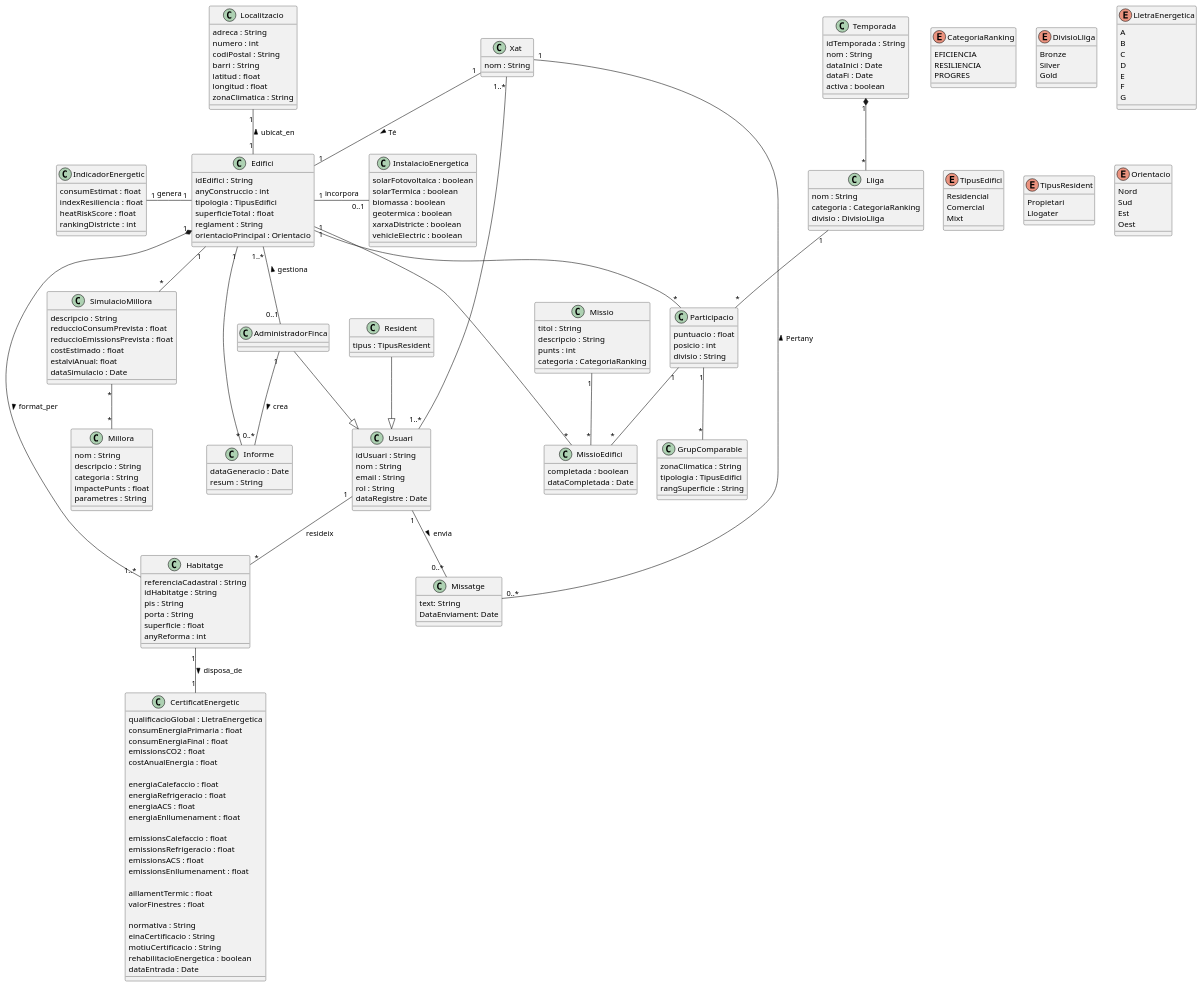
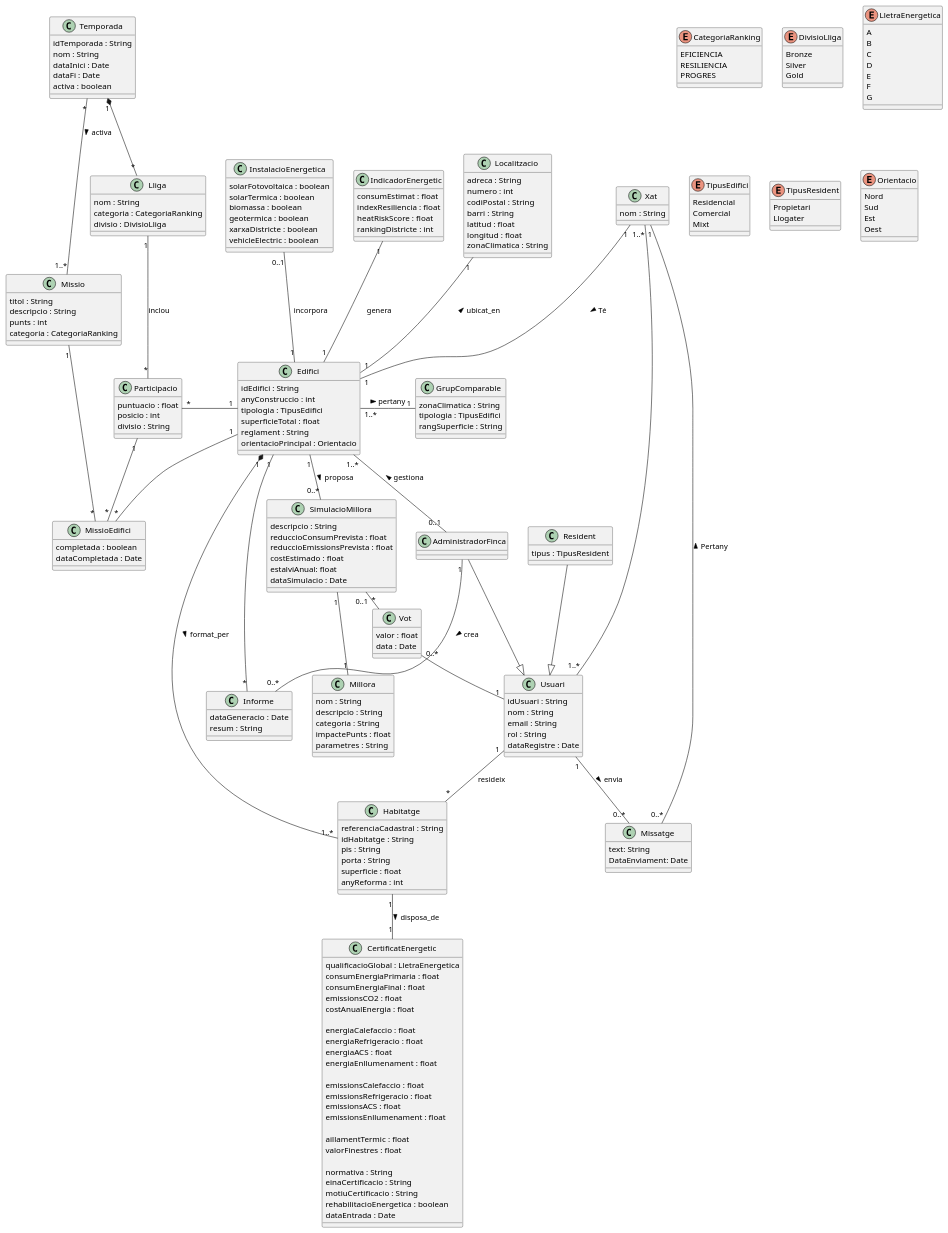
The diagram in src/diagram.puml (ScoreLab-Team/Backend-BuildRank), drawn with PlantUML before and after one commit. The commit also changed 1 other file, not shown here.

```diff
--- a/src/diagram.puml
+++ b/src/diagram.puml
@@ -135,6 +135,10 @@
   impactePunts : float
   parametres : String
 }
+class Vot {
+  valor : float
+  data : Date
+}
 
 class Informe {
   dataGeneracio : Date
@@ -195,30 +199,34 @@
 Edifici "1" -up- "1" Localitzacio : ubicat_en >
 Edifici "1" *-- "1..*" Habitatge : format_per >
 Habitatge "1" -- "1" CertificatEnergetic : disposa_de >
-Edifici "1" -left- "1" IndicadorEnergetic : genera
+Edifici "1" -up- "1" IndicadorEnergetic : genera
 Edifici "1" -- "*" Informe
 
 ' Per un habitatge només hi haurà un compte d'usuari
 Usuari "1" -- "*" Habitatge : resideix
 Edifici "1..*" -- "0..1" AdministradorFinca : gestiona <
-Edifici "1" -right- "0..1" InstalacioEnergetica : incorpora
+Edifici "1" -up- "0..1" InstalacioEnergetica : incorpora
 AdministradorFinca --|> Usuari
 Resident --|> Usuari
 AdministradorFinca "1" -- "0..*" Informe : crea >
 
 Temporada "1" *-- "*" Lliga
-Lliga "1" -- "*" Participacio
-Edifici "1" -- "*" Participacio
+Lliga "1" -- "*" Participacio : inclou
+Edifici "1" -left- "*" Participacio
 
-' Potser millor: Edifici "1" -- "*" GrupComparable : pertany_a >, ja que el grup comparable no depen de la lliga
-Participacio "1" -- "*" GrupComparable
+Edifici "1..*" -right- "1" GrupComparable : pertany >
 
+Temporada "*" -- "1..*" Missio : activa >
 Participacio "1" -- "*" MissioEdifici
 Missio "1" -- "*" MissioEdifici
+' Equivalent a classe associativa, missió - edf
 Edifici "1" -- "*" MissioEdifici
 
-SimulacioMillora "*" -- "*" Millora
-Edifici "1" -- "*" SimulacioMillora
+Edifici "1" -- "0..*" SimulacioMillora : proposa >
+SimulacioMillora "1" -- "1" Millora
+
+Usuari "1" -left- "0..*" Vot
+SimulacioMillora "0..1" -right- "*" Vot
 
 Xat "1" -- "1" Edifici : Té >
 Xat "1..*" -- "1..*" Usuari
```
